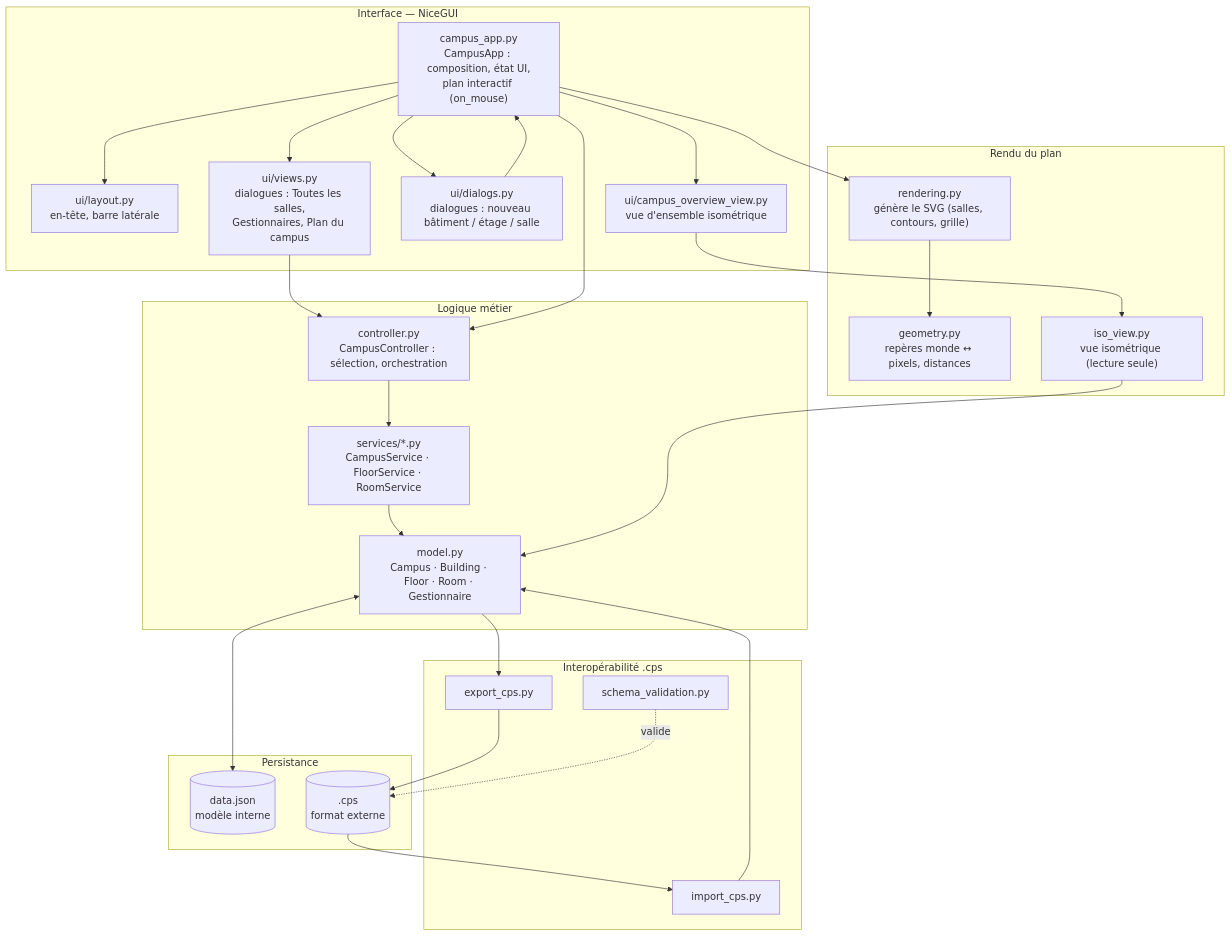
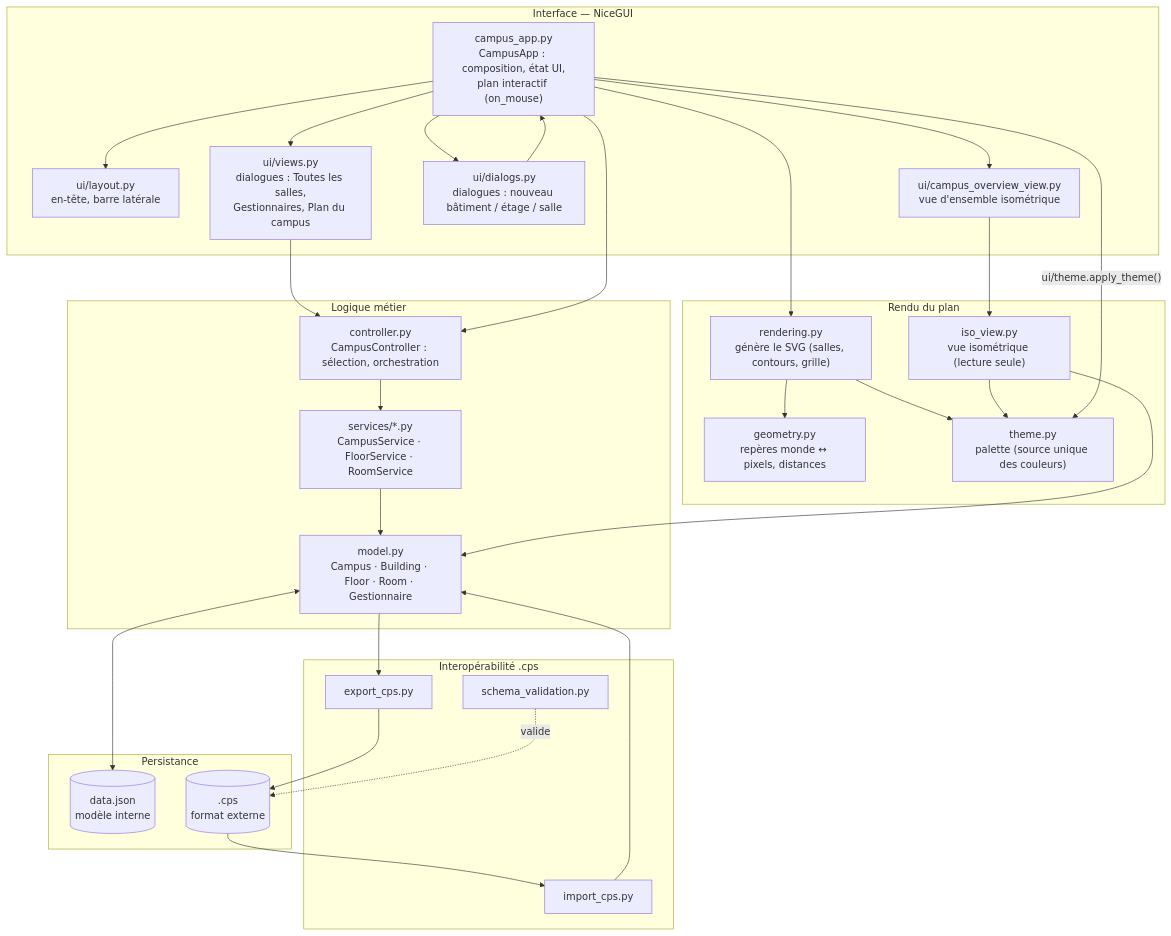
Before and after one commit to ouar29/campus-v2: the first of 3 diagrams in README.md, drawn with Mermaid. The commit also changed other lines of this file and 5 other files, not shown here.

First line of the commit message:
Centralise les couleurs du thème dans src/theme.py

````diff
--- a/README.md
+++ b/README.md
@@ -34,46 +34,49 @@
 ```mermaid
 flowchart TB
     subgraph UI["Interface — NiceGUI"]
         campus_app["campus_app.py<br/>CampusApp : composition, état UI,<br/>plan interactif (on_mouse)"]
         layout["ui/layout.py<br/>en-tête, barre latérale"]
         views["ui/views.py<br/>dialogues : Toutes les salles,<br/>Gestionnaires, Plan du campus"]
         dialogs["ui/dialogs.py<br/>dialogues : nouveau bâtiment / étage / salle"]
         overview["ui/campus_overview_view.py<br/>vue d'ensemble isométrique"]
     end
 
     subgraph Domaine["Logique métier"]
         controller["controller.py<br/>CampusController : sélection, orchestration"]
         services["services/*.py<br/>CampusService · FloorService · RoomService"]
         model["model.py<br/>Campus · Building · Floor · Room · Gestionnaire"]
     end
 
     subgraph Rendu["Rendu du plan"]
         rendering["rendering.py<br/>génère le SVG (salles, contours, grille)"]
         geometry["geometry.py<br/>repères monde ↔ pixels, distances"]
         iso_view["iso_view.py<br/>vue isométrique (lecture seule)"]
+        theme["theme.py<br/>palette (source unique des couleurs)"]
     end
 
     subgraph Interop["Interopérabilité .cps"]
         import_cps["import_cps.py"]
         export_cps["export_cps.py"]
         schema_validation["schema_validation.py"]
     end
 
     subgraph Stockage["Persistance"]
         datajson[("data.json<br/>modèle interne")]
         cps[(".cps<br/>format externe")]
     end
 
     campus_app --> layout & views & dialogs & overview
     views --> controller
     dialogs --> campus_app
     campus_app --> controller
     controller --> services --> model
     campus_app --> rendering --> geometry
     overview --> iso_view --> model
+    rendering & iso_view --> theme
+    campus_app -->|"ui/theme.apply_theme()"| theme
     model <--> datajson
     import_cps --> model --> export_cps
     cps --> import_cps
     export_cps --> cps
     schema_validation -. valide .-> cps
 ```
````
